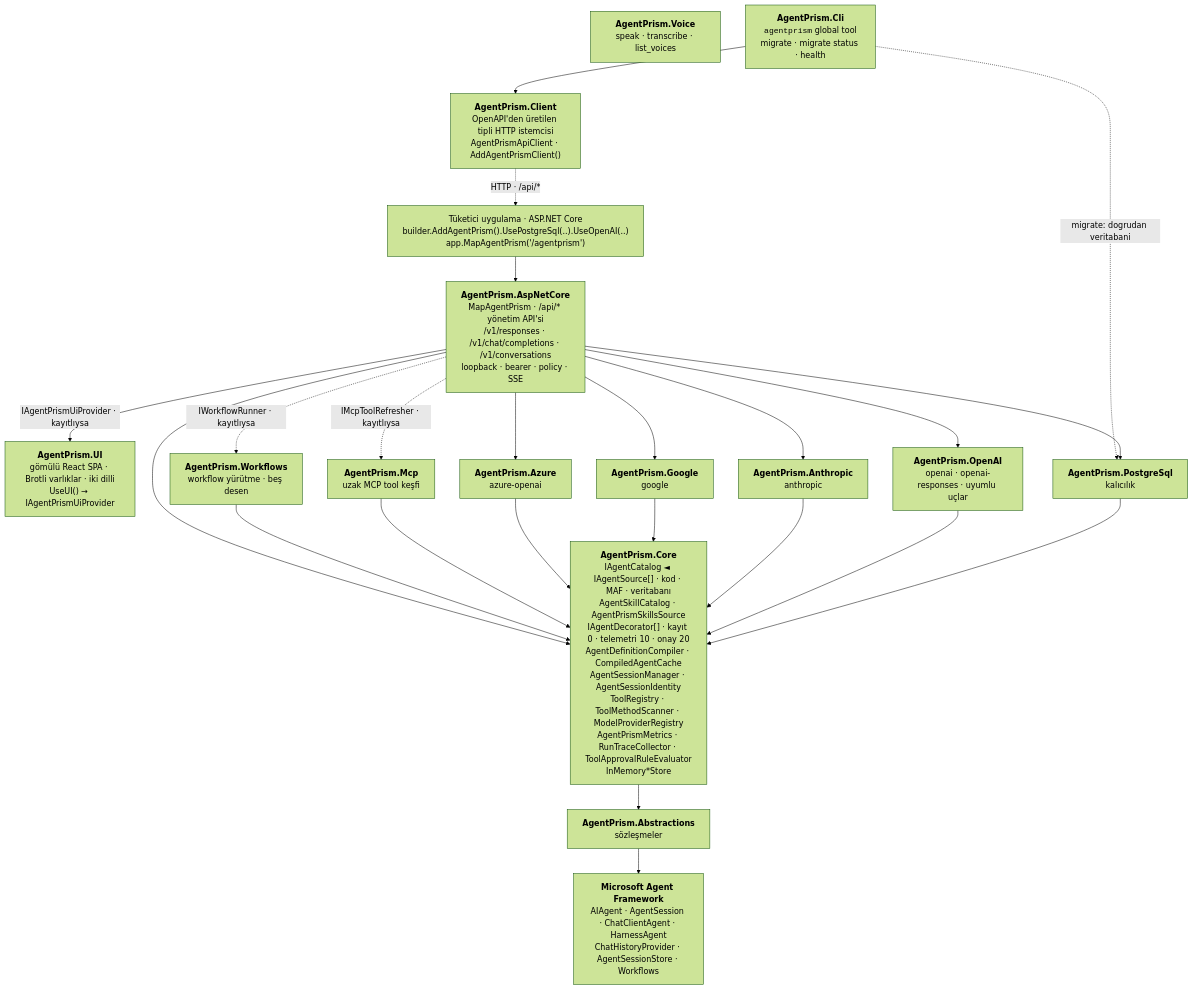
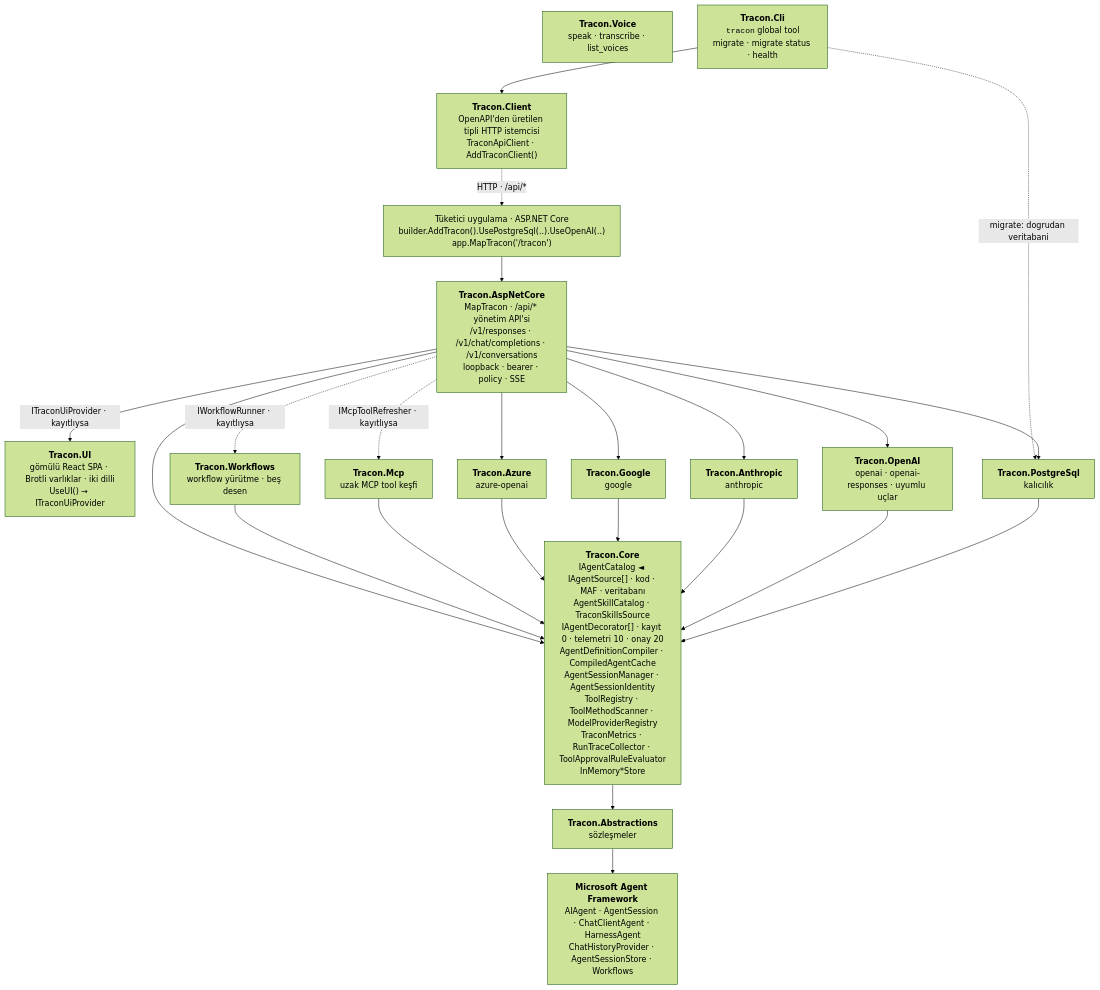
One commit to farukatasoy/Tracon changed the first of 7 diagrams in docs/MIMARI.md. Above: the diagram before and after it, drawn with Mermaid (forest theme). The commit also changed other lines of this file and 4535 other files, not shown here.

````diff
--- a/docs/MIMARI.md
+++ b/docs/MIMARI.md
@@ -45,48 +45,48 @@
 ```mermaid
 flowchart TD
-    T["Tüketici uygulama · ASP.NET Core<br/>builder.AddAgentPrism().UsePostgreSql(..).UseOpenAI(..)<br/>app.MapAgentPrism('/agentprism')"]
+    T["Tüketici uygulama · ASP.NET Core<br/>builder.AddTracon().UsePostgreSql(..).UseOpenAI(..)<br/>app.MapTracon('/tracon')"]
 
-    UI["<b>AgentPrism.UI</b><br/>gömülü React SPA · Brotli varlıklar · iki dilli<br/>UseUI() → IAgentPrismUiProvider"]
+    UI["<b>Tracon.UI</b><br/>gömülü React SPA · Brotli varlıklar · iki dilli<br/>UseUI() → ITraconUiProvider"]
 
-    HTTP["<b>AgentPrism.AspNetCore</b><br/>MapAgentPrism · /api/* yönetim API'si<br/>/v1/responses · /v1/chat/completions · /v1/conversations<br/>loopback · bearer · policy · SSE"]
+    HTTP["<b>Tracon.AspNetCore</b><br/>MapTracon · /api/* yönetim API'si<br/>/v1/responses · /v1/chat/completions · /v1/conversations<br/>loopback · bearer · policy · SSE"]
 
-    PG["<b>AgentPrism.PostgreSql</b><br/>kalıcılık"]
-    OA["<b>AgentPrism.OpenAI</b><br/>openai · openai-responses · uyumlu uçlar"]
-    AN["<b>AgentPrism.Anthropic</b><br/>anthropic"]
-    GO["<b>AgentPrism.Google</b><br/>google"]
-    AZ["<b>AgentPrism.Azure</b><br/>azure-openai"]
-    VO["<b>AgentPrism.Voice</b><br/>speak · transcribe · list_voices"]
-    MCP["<b>AgentPrism.Mcp</b><br/>uzak MCP tool keşfi"]
-    WF["<b>AgentPrism.Workflows</b><br/>workflow yürütme · beş desen"]
+    PG["<b>Tracon.PostgreSql</b><br/>kalıcılık"]
+    OA["<b>Tracon.OpenAI</b><br/>openai · openai-responses · uyumlu uçlar"]
+    AN["<b>Tracon.Anthropic</b><br/>anthropic"]
+    GO["<b>Tracon.Google</b><br/>google"]
+    AZ["<b>Tracon.Azure</b><br/>azure-openai"]
+    VO["<b>Tracon.Voice</b><br/>speak · transcribe · list_voices"]
+    MCP["<b>Tracon.Mcp</b><br/>uzak MCP tool keşfi"]
+    WF["<b>Tracon.Workflows</b><br/>workflow yürütme · beş desen"]
 
-    CORE["<b>AgentPrism.Core</b><br/>IAgentCatalog ◄ IAgentSource[] · kod · MAF · veritabanı<br/>AgentSkillCatalog · AgentPrismSkillsSource<br/>IAgentDecorator[] · kayıt 0 · telemetri 10 · onay 20<br/>AgentDefinitionCompiler · CompiledAgentCache<br/>AgentSessionManager · AgentSessionIdentity<br/>ToolRegistry · ToolMethodScanner · ModelProviderRegistry<br/>AgentPrismMetrics · RunTraceCollector · ToolApprovalRuleEvaluator<br/>InMemory*Store"]
+    CORE["<b>Tracon.Core</b><br/>IAgentCatalog ◄ IAgentSource[] · kod · MAF · veritabanı<br/>AgentSkillCatalog · TraconSkillsSource<br/>IAgentDecorator[] · kayıt 0 · telemetri 10 · onay 20<br/>AgentDefinitionCompiler · CompiledAgentCache<br/>AgentSessionManager · AgentSessionIdentity<br/>ToolRegistry · ToolMethodScanner · ModelProviderRegistry<br/>TraconMetrics · RunTraceCollector · ToolApprovalRuleEvaluator<br/>InMemory*Store"]
 
-    ABS["<b>AgentPrism.Abstractions</b><br/>sözleşmeler"]
+    ABS["<b>Tracon.Abstractions</b><br/>sözleşmeler"]
 
     MAF["<b>Microsoft Agent Framework</b><br/>AIAgent · AgentSession · ChatClientAgent · HarnessAgent<br/>ChatHistoryProvider · AgentSessionStore · Workflows"]
 
-    CLIENT["<b>AgentPrism.Client</b><br/>OpenAPI'den üretilen tipli HTTP istemcisi<br/>AgentPrismApiClient · AddAgentPrismClient()"]
-    CLI["<b>AgentPrism.Cli</b><br/><code>agentprism</code> global tool<br/>migrate · migrate status · health"]
+    CLIENT["<b>Tracon.Client</b><br/>OpenAPI'den üretilen tipli HTTP istemcisi<br/>TraconApiClient · AddTraconClient()"]
+    CLI["<b>Tracon.Cli</b><br/><code>tracon</code> global tool<br/>migrate · migrate status · health"]
 
     T --> HTTP
-    HTTP -->|"IAgentPrismUiProvider · kayıtlıysa"| UI
+    HTTP -->|"ITraconUiProvider · kayıtlıysa"| UI
     HTTP --> PG
     HTTP --> OA
     HTTP --> AN
     HTTP --> GO
     HTTP --> AZ
     HTTP -.->|"IMcpToolRefresher · kayıtlıysa"| MCP
     HTTP -.->|"IWorkflowRunner · kayıtlıysa"| WF
     PG --> CORE
     OA --> CORE
     AN --> CORE
     GO --> CORE
     AZ --> CORE
     MCP --> CORE
     WF --> CORE
     HTTP --> CORE
     CORE --> ABS --> MAF
     CLIENT -.->|"HTTP · /api/*"| T
     CLI --> CLIENT
     CLI -.->|"migrate: dogrudan veritabani"| PG
 ```
````
